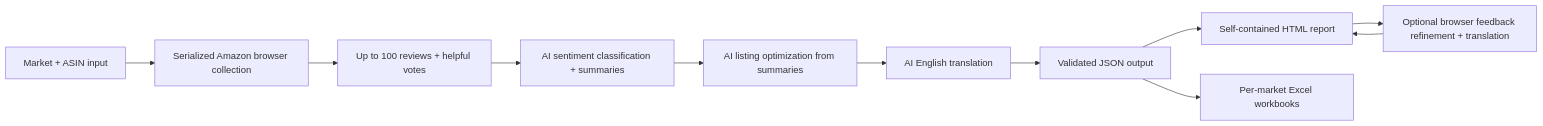
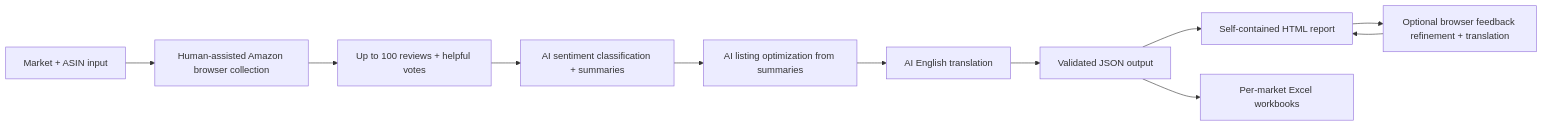
Before and after one commit to christycap/review-genius: the diagram in README.md, drawn with Mermaid. The commit also changed other lines of this file and 4 other files, not shown here.

````diff
--- a/README.md
+++ b/README.md
@@ -30,13 +32,13 @@
 ```mermaid
 flowchart LR
-    A[Market + ASIN input] --> B[Serialized Amazon browser collection]
+    A[Market + ASIN input] --> B[Human-assisted Amazon browser collection]
     B --> C[Up to 100 reviews + helpful votes]
     C --> D[AI sentiment classification + summaries]
     D --> E[AI listing optimization from summaries]
     E --> F[AI English translation]
     F --> G[Validated JSON output]
     G --> H[Self-contained HTML report]
     G --> J[Per-market Excel workbooks]
     H --> I[Optional browser feedback refinement + translation]
     I --> H
 ```
````
